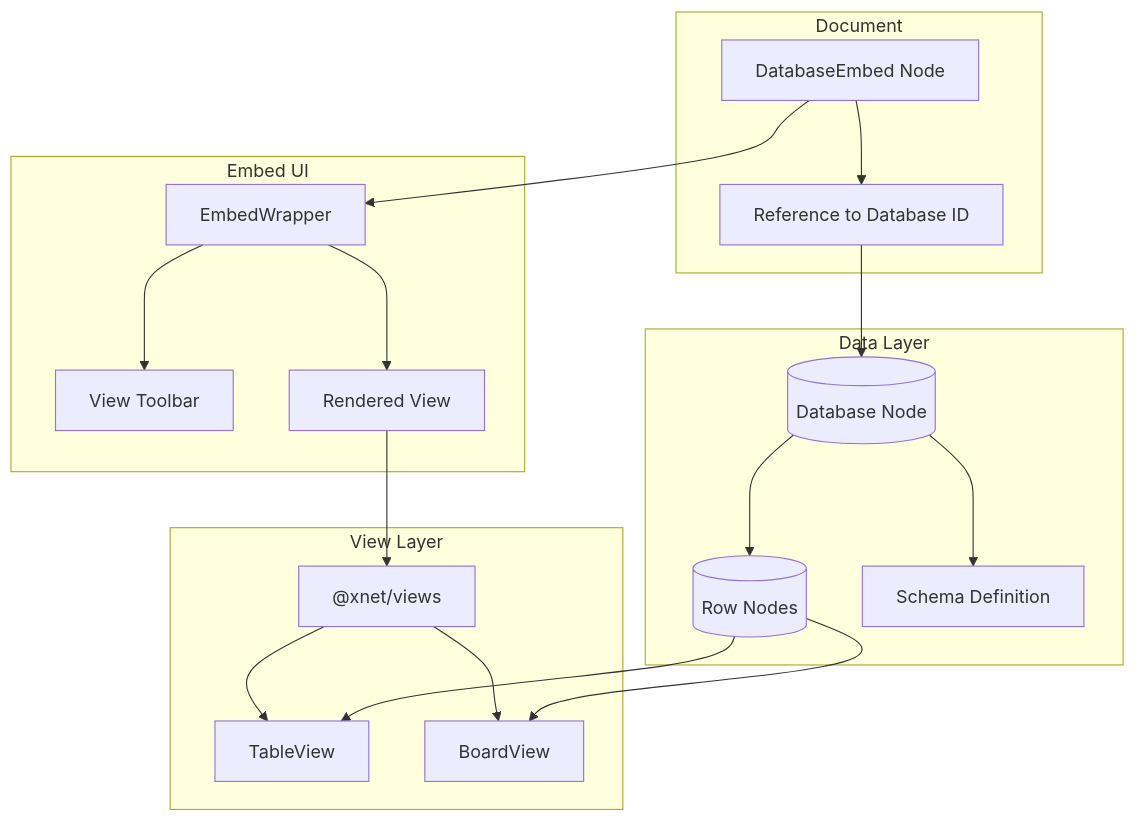
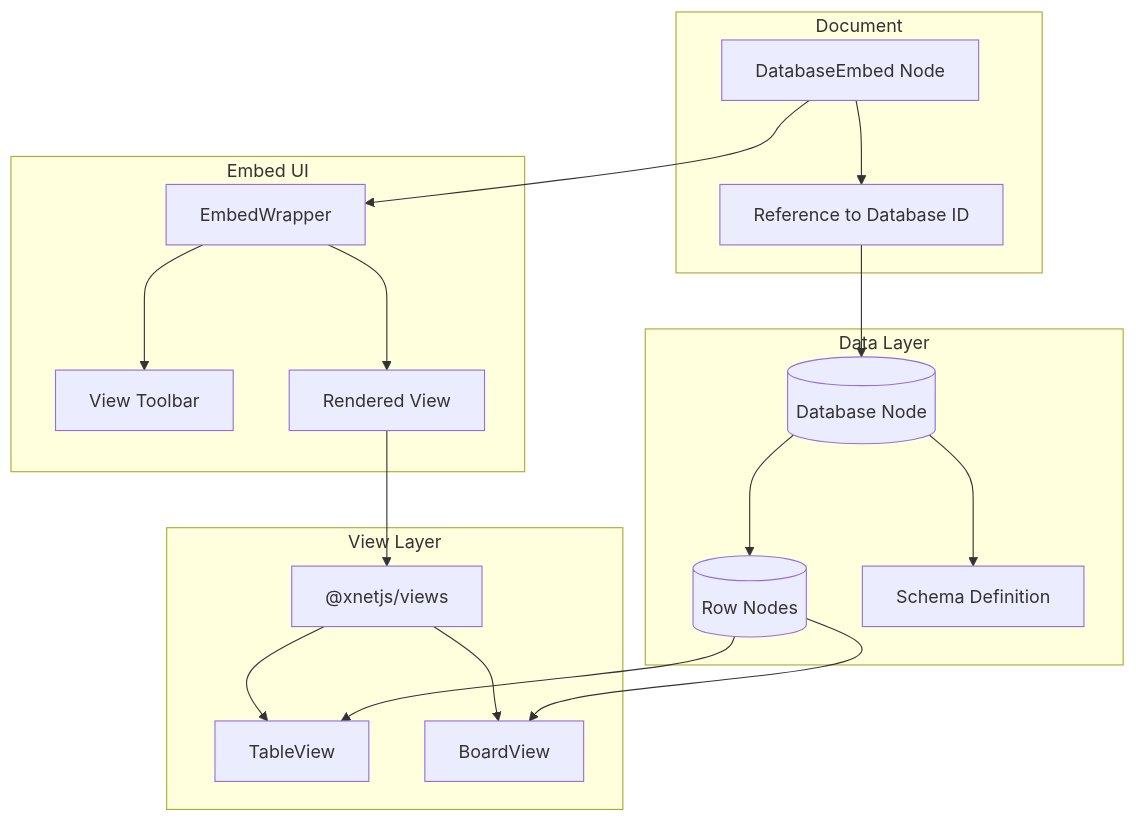
The diagram in docs/plans/plan03_3EditorObsidianStyle/25-database-embed.md (crs48/xNet), drawn with Mermaid before and after one commit. The commit also changed other lines of this file and 980 other files, not shown here.

````diff
--- a/docs/plans/plan03_3EditorObsidianStyle/25-database-embed.md
+++ b/docs/plans/plan03_3EditorObsidianStyle/25-database-embed.md
@@ -16,41 +16,41 @@
 ```mermaid
 flowchart TB
     subgraph "Document"
         EMBED[DatabaseEmbed Node]
         REF[Reference to Database ID]
     end
 
     subgraph "Data Layer"
         DB[(Database Node)]
         ROWS[(Row Nodes)]
         SCHEMA[Schema Definition]
     end
 
     subgraph "View Layer"
-        VIEWS["@xnet/views"]
+        VIEWS["@xnetjs/views"]
         TABLE[TableView]
         BOARD[BoardView]
     end
 
     subgraph "Embed UI"
         WRAPPER[EmbedWrapper]
         TOOLBAR[View Toolbar]
         RENDER[Rendered View]
     end
 
     EMBED --> REF
     REF --> DB
     DB --> SCHEMA
     DB --> ROWS
 
     EMBED --> WRAPPER
     WRAPPER --> TOOLBAR
     WRAPPER --> RENDER
 
     RENDER --> VIEWS
     VIEWS --> TABLE
     VIEWS --> BOARD
 
     ROWS --> TABLE
     ROWS --> BOARD
 ```
````
